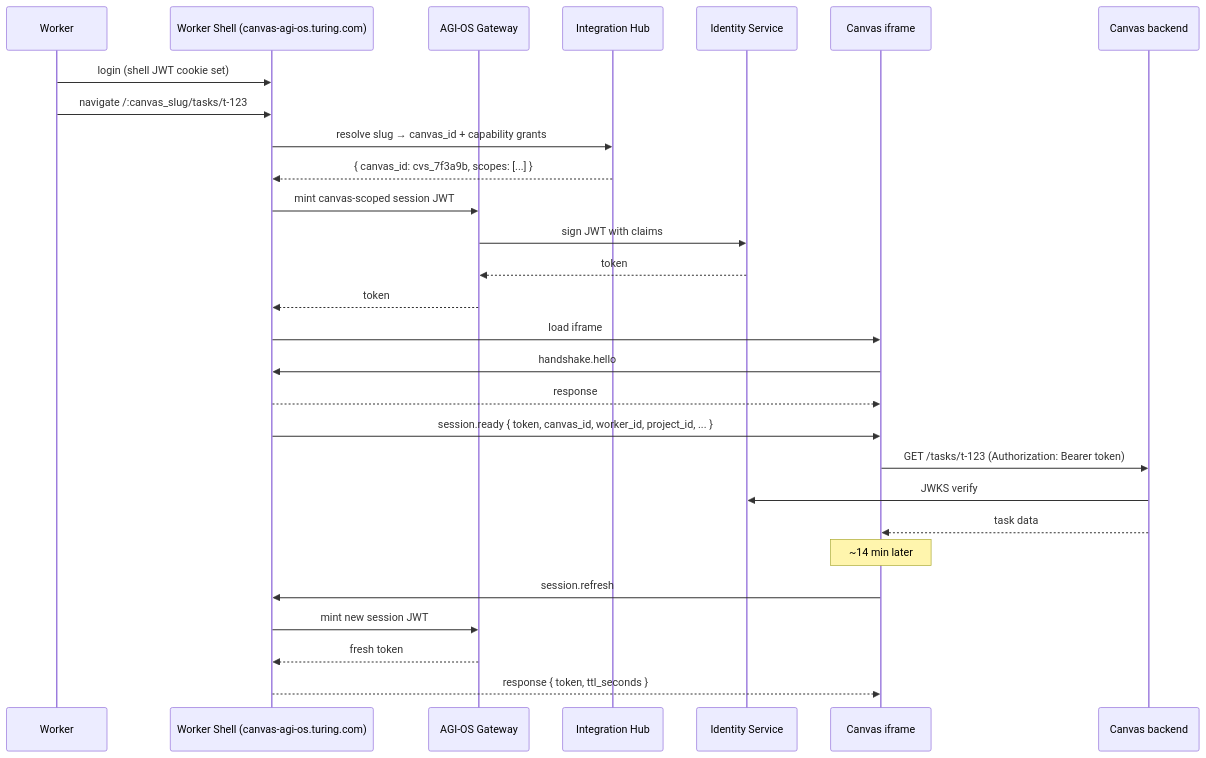
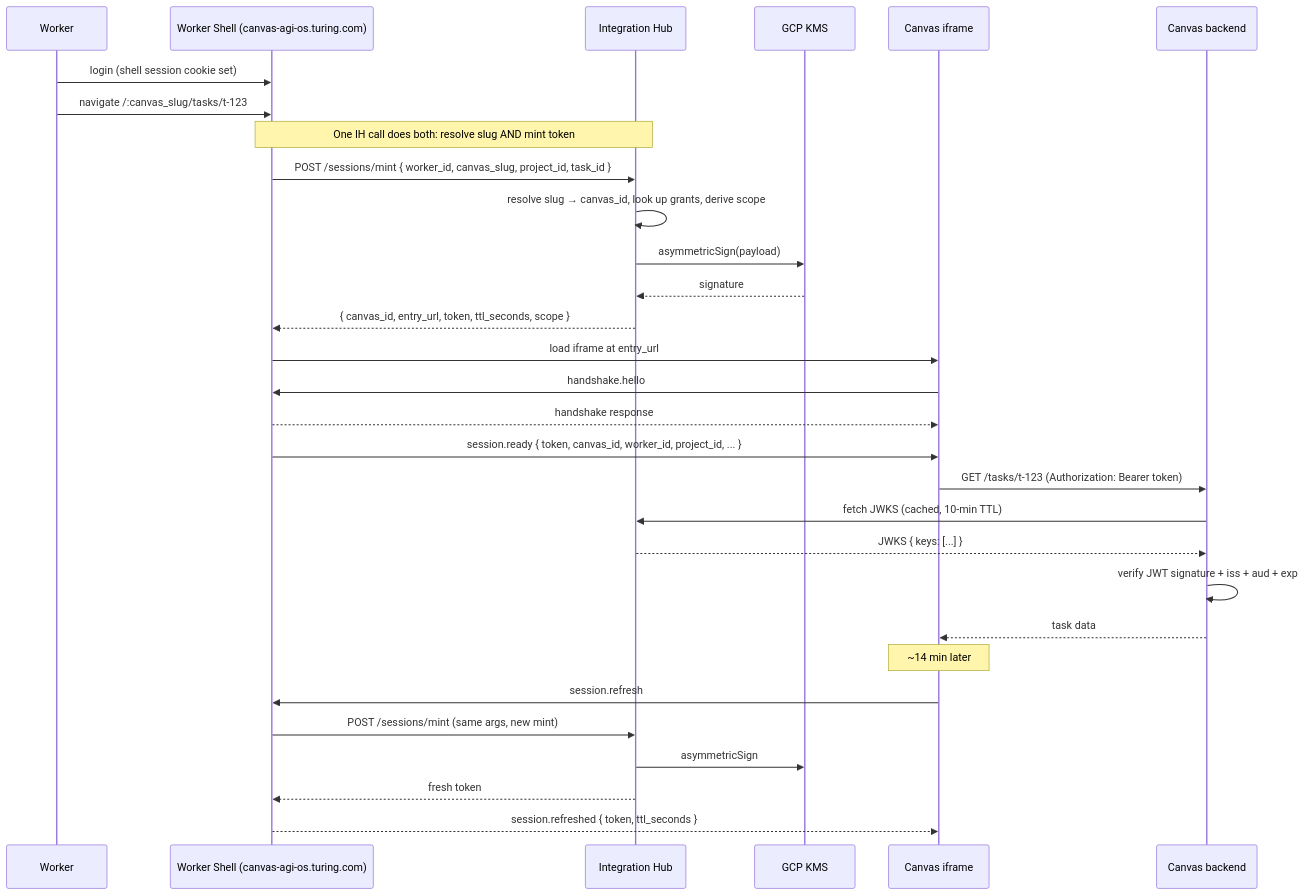
The fourth of 5 diagrams in AGIOS_PLATFORM/CANVAS_SDK.md (ashutosh-turing/turing-platform-design-doc), drawn with Mermaid before and after one commit. The commit also changed other lines of this file and 2 other files, not shown here.

Commit message:
feat: Enhance Canvas SDK and Component Architecture documentation with signing authority details for canvas-scoped JWTs, including key management and revocation protocols

````diff
--- a/AGIOS_PLATFORM/CANVAS_SDK.md
+++ b/AGIOS_PLATFORM/CANVAS_SDK.md
@@ -482,32 +489,34 @@
 ```mermaid
 sequenceDiagram
     participant Worker
     participant Shell as Worker Shell (canvas-agi-os.turing.com)
-    participant Gateway as AGI-OS Gateway
     participant IH as Integration Hub
-    participant Identity as Identity Service
+    participant KMS as GCP KMS
     participant Canvas as Canvas iframe
     participant CanvasAPI as Canvas backend
 
-    Worker->>Shell: login (shell JWT cookie set)
+    Worker->>Shell: login (shell session cookie set)
     Worker->>Shell: navigate /:canvas_slug/tasks/t-123
-    Shell->>IH: resolve slug → canvas_id + capability grants
-    IH-->>Shell: { canvas_id: cvs_7f3a9b, scopes: [...] }
-    Shell->>Gateway: mint canvas-scoped session JWT
-    Gateway->>Identity: sign JWT with claims
-    Identity-->>Gateway: token
-    Gateway-->>Shell: token
-    Shell->>Canvas: load iframe
+    Note over Shell,IH: One IH call does both: resolve slug AND mint token
+    Shell->>IH: POST /sessions/mint { worker_id, canvas_slug, project_id, task_id }
+    IH->>IH: resolve slug → canvas_id, look up grants, derive scope
+    IH->>KMS: asymmetricSign(payload)
+    KMS-->>IH: signature
+    IH-->>Shell: { canvas_id, entry_url, token, ttl_seconds, scope }
+    Shell->>Canvas: load iframe at entry_url
     Canvas->>Shell: handshake.hello
-    Shell-->>Canvas: response
+    Shell-->>Canvas: handshake response
     Shell->>Canvas: session.ready { token, canvas_id, worker_id, project_id, ... }
     Canvas->>CanvasAPI: GET /tasks/t-123 (Authorization: Bearer token)
-    CanvasAPI->>Identity: JWKS verify
+    CanvasAPI->>IH: fetch JWKS (cached, 10-min TTL)
+    IH-->>CanvasAPI: JWKS { keys: [...] }
+    CanvasAPI->>CanvasAPI: verify JWT signature + iss + aud + exp
     CanvasAPI-->>Canvas: task data
 
     Note over Canvas: ~14 min later
     Canvas->>Shell: session.refresh
-    Shell->>Gateway: mint new session JWT
-    Gateway-->>Shell: fresh token
-    Shell-->>Canvas: response { token, ttl_seconds }
+    Shell->>IH: POST /sessions/mint (same args, new mint)
+    IH->>KMS: asymmetricSign
+    IH-->>Shell: fresh token
+    Shell-->>Canvas: session.refreshed { token, ttl_seconds }
 ```
````
